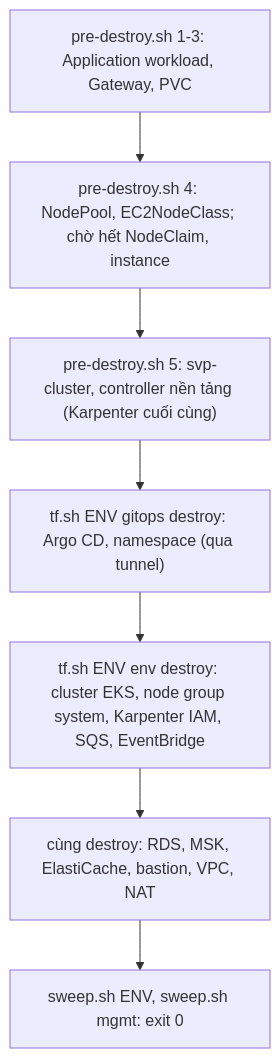
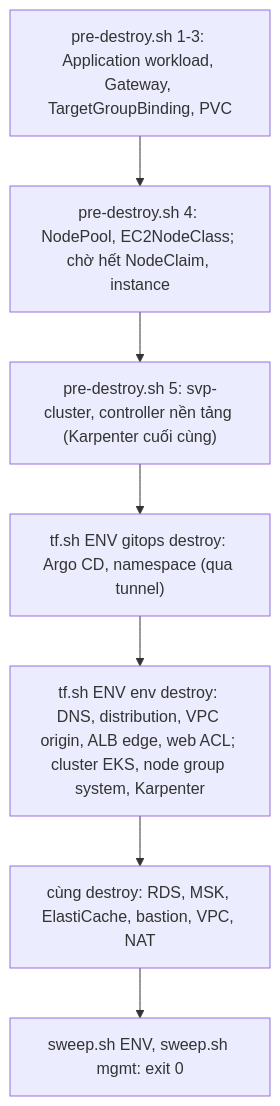
One commit to anhnvcoder/svp-infra changed the fourth of 4 diagrams in README.md. Above: the diagram before and after it, drawn with Mermaid. The commit also changed other lines of this file and 98 other files, not shown here.

First line of the commit message:
feat(aws): CloudFront edge with WAF, ACM and DNSSEC for web, API and media (#38)

````diff
--- a/README.md
+++ b/README.md
@@ -346,9 +373,9 @@
 ```mermaid
 flowchart TD
-    A["pre-destroy.sh 1-3: Application workload, Gateway, PVC"] --> B["pre-destroy.sh 4: NodePool, EC2NodeClass; chờ hết NodeClaim, instance"]
+    A["pre-destroy.sh 1-3: Application workload, Gateway, TargetGroupBinding, PVC"] --> B["pre-destroy.sh 4: NodePool, EC2NodeClass; chờ hết NodeClaim, instance"]
     B --> C["pre-destroy.sh 5: svp-cluster, controller nền tảng (Karpenter cuối cùng)"]
     C --> D["tf.sh ENV gitops destroy: Argo CD, namespace (qua tunnel)"]
-    D --> E["tf.sh ENV env destroy: cluster EKS, node group system, Karpenter IAM, SQS, EventBridge"]
+    D --> E["tf.sh ENV env destroy: DNS, distribution, VPC origin, ALB edge, web ACL; cluster EKS, node group system, Karpenter"]
     E --> F["cùng destroy: RDS, MSK, ElastiCache, bastion, VPC, NAT"]
     F --> G["sweep.sh ENV, sweep.sh mgmt: exit 0"]
 ```
````
